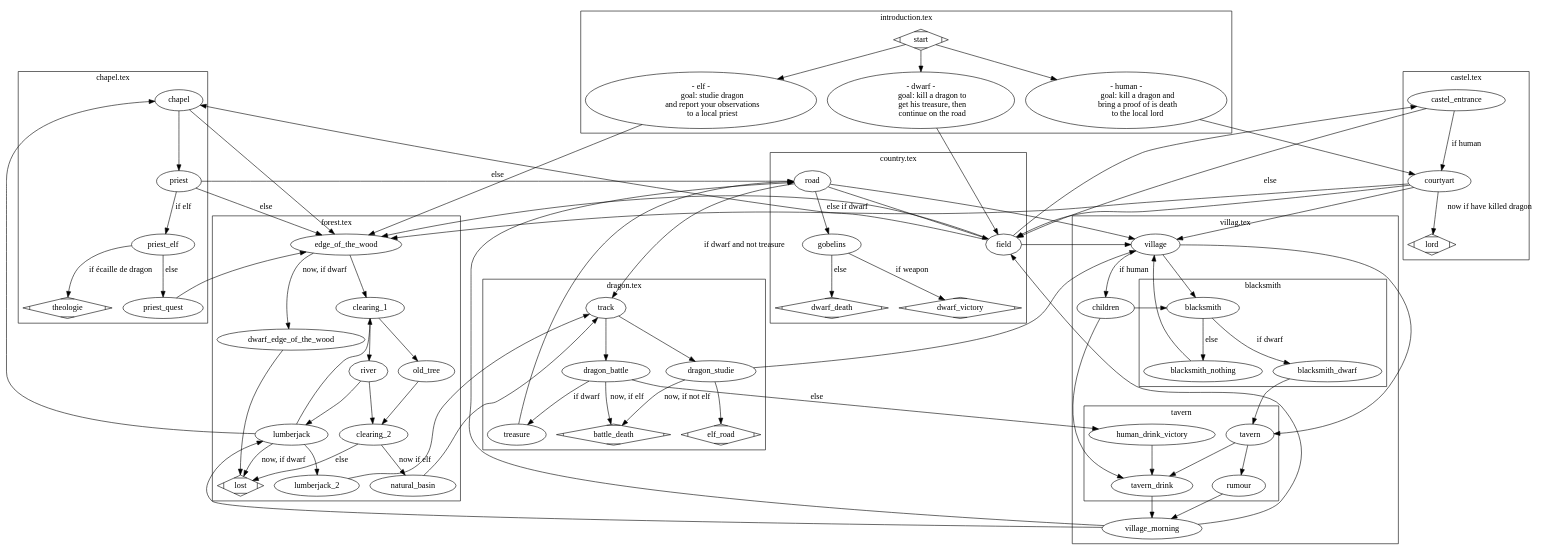
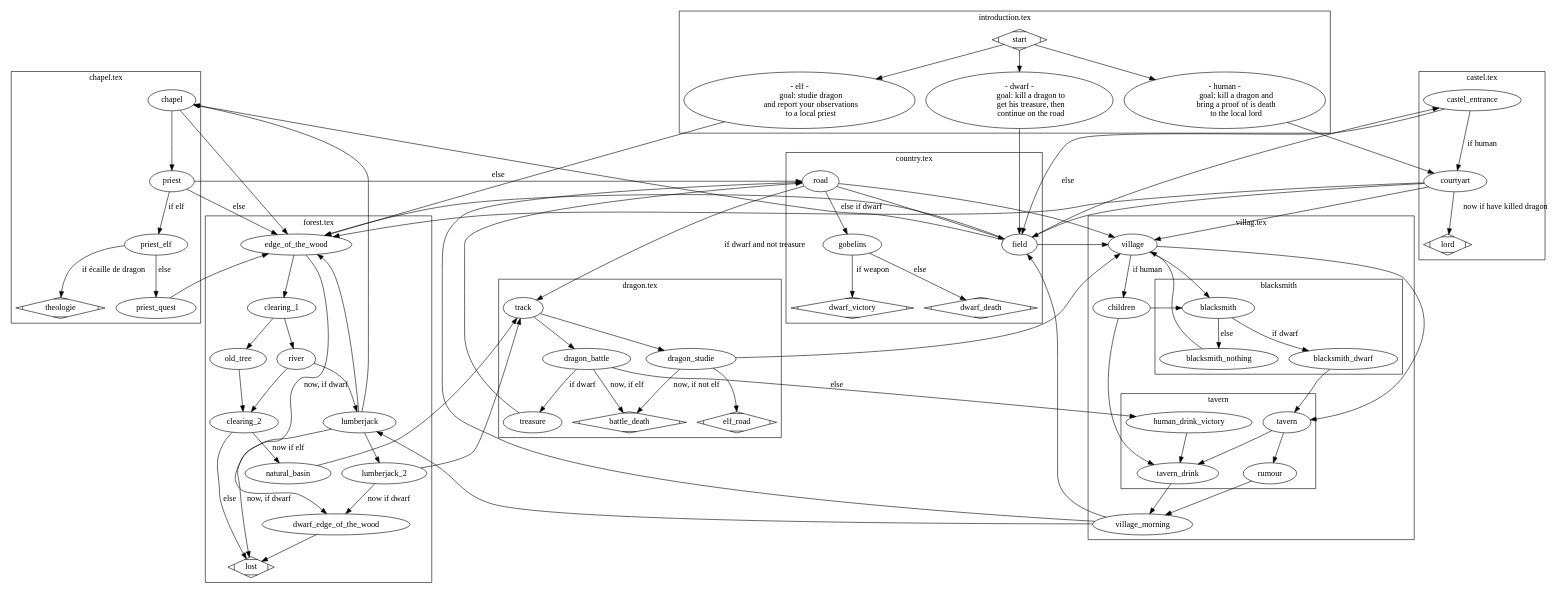
The diagram in story.dot (robinmoussu/story), drawn with Graphviz before and after one commit. The commit also changed 8 other files, not shown here.

```diff
--- a/story.dot
+++ b/story.dot
@@ -1,168 +1,169 @@
 digraph G {
     compound=true;
     subgraph cluster0 {
         label = "introduction.tex";
         start [shape=Mdiamond];
         elf;
         dwarf;
         human;
 
         elf [label="- elf -
             goal: studie dragon
             and report your observations
             to a local priest"]
         human [label="- human -
             goal: kill a dragon and
             bring a proof of is death
             to the local lord"]
         dwarf [label="- dwarf -
             goal: kill a dragon to
             get his treasure, then
             continue on the road"]
         start -> dwarf, elf, human;
     }
 
     subgraph cluster1 {
         label = "villag.tex";
         village;
         village_morning;
         children;
         
         subgraph cluster5 {
             label = blacksmith;
             blacksmith;
             blacksmith_dwarf;
             blacksmith_nothing;
         }
 
         subgraph cluster6 {
             label = tavern;
             tavern;
             rumour;
             human_drink_victory;
             tavern_drink;
         }
 
         village -> blacksmith, tavern;
         village -> children [label="if human"];
         children -> tavern_drink, blacksmith;
 
         blacksmith -> blacksmith_dwarf [label="if dwarf"]
         blacksmith -> blacksmith_nothing [label="else"];
         blacksmith_dwarf -> tavern
 
         blacksmith_nothing -> village;
 
         human_drink_victory -> tavern_drink;
         tavern -> rumour,tavern_drink;
         tavern_drink -> village_morning;
         rumour -> village_morning;
     }
 
     subgraph cluster3 {
         label = "forest.tex";
         edge_of_the_wood;
         dwarf_edge_of_the_wood;
         clearing_1;
         clearing_2;
         natural_basin;
         river;
         old_tree;
         lost [shape=Mdiamond];
         lumberjack;
         lumberjack_2;
 
         edge_of_the_wood -> clearing_1;
         lumberjack -> lost [label="now, if dwarf"];
-        lumberjack -> clearing_1;
+        lumberjack -> edge_of_the_wood;
         lumberjack -> lumberjack_2;
         clearing_1 -> river, old_tree;
         clearing_2 -> natural_basin [label="now if elf"];
         clearing_2 -> lost [label="else"];
         river -> lumberjack, clearing_2;
         old_tree -> clearing_2;
     }
 
     subgraph cluster7 {
         label = "chapel.tex";
         chapel;
         priest;
         priest_elf;
         priest_quest;
         theologie [shape=Mdiamond];
 
         chapel -> priest;
         priest -> priest_elf [label="if elf"];
         priest_elf -> theologie [label="if écaille de dragon"];
         priest_elf -> priest_quest [label="else"];
     }
 
     subgraph cluster9 {
         label = "dragon.tex";
         track;
         dragon_battle;
         dragon_studie;
         battle_death [shape=Mdiamond];
         elf_road [shape=Mdiamond];
         treasure;
 
         track -> dragon_battle, dragon_studie;
         dragon_studie -> battle_death [label="now, if not elf"];
     }
 
     subgraph cluster4 {
         label = "country.tex";
 
         road;
         gobelins;
         dwarf_victory [shape=Mdiamond];
         dwarf_death [shape=Mdiamond];
         field;
     }
 
     subgraph cluster8 {
         label = "castel.tex";
         castel_entrance;
         courtyart;
         lord [shape=Mdiamond];
 
         castel_entrance -> courtyart [label="if human"];
         courtyart -> lord [label="now if have killed dragon"];
     }
 
     castel_entrance -> field [label="else"];
     courtyart -> field, village, edge_of_the_wood;
 
     human -> courtyart;
     elf -> edge_of_the_wood;
     dwarf -> field;
 
     priest -> road [label="else"];
     priest -> edge_of_the_wood [label="else"];
     field -> edge_of_the_wood, village, castel_entrance, chapel;
 
     edge_of_the_wood -> dwarf_edge_of_the_wood [label="now, if dwarf"];
     dwarf_edge_of_the_wood -> lost;
 
     lumberjack_2 -> track;
+    lumberjack_2 -> dwarf_edge_of_the_wood [label="now if dwarf"];
     natural_basin -> track;
     dragon_studie -> village, elf_road;
 
     treasure -> road;
     road -> track [label="if dwarf and not treasure"]
     road -> gobelins [label="else if dwarf"];
     road -> field;
     road -> village;
     gobelins -> dwarf_victory [label="if weapon"];
     gobelins -> dwarf_death [label="else"];
 
     dragon_battle -> human_drink_victory [label=else];
     dragon_battle -> battle_death [label="now, if elf"];
     dragon_battle -> treasure [label="if dwarf"];
 
     village_morning -> field, lumberjack, road;
 
     chapel -> edge_of_the_wood;
     priest_quest -> edge_of_the_wood;
     lumberjack -> chapel;
 }
```
